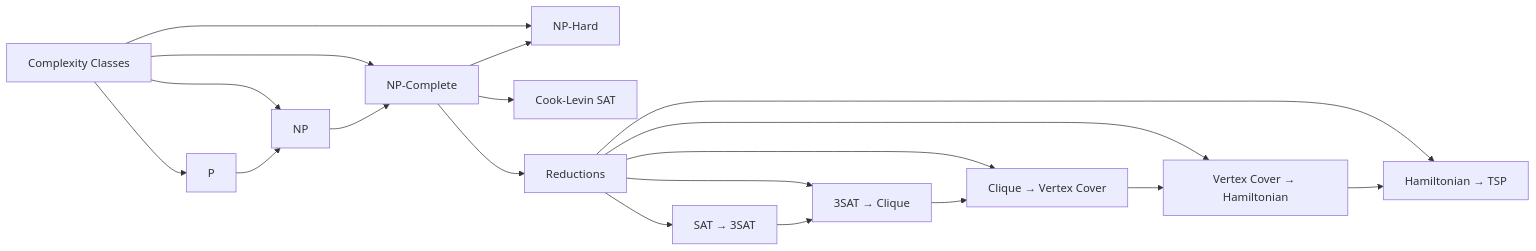
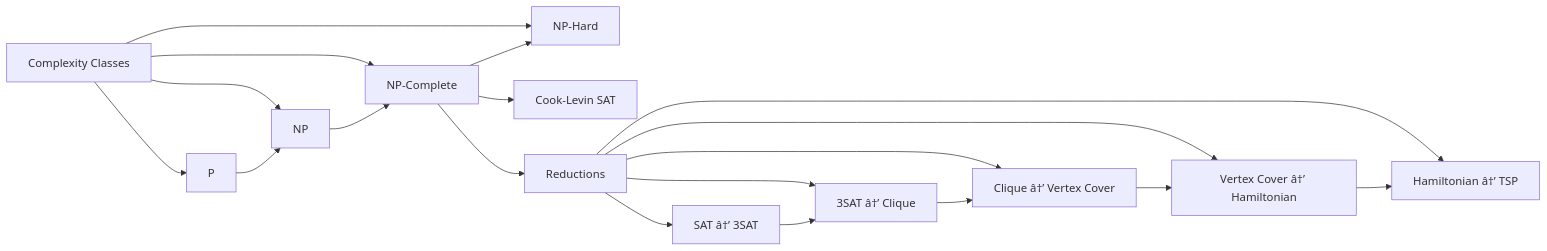
Before and after one commit to Raushan666java/ai-engineering-journey: the diagram in docs/courses/algorithms/15-np-completeness.md, drawn with Mermaid. The commit also changed other lines of this file and 735 other files, not shown here.

````diff
--- a/docs/courses/algorithms/15-np-completeness.md
+++ b/docs/courses/algorithms/15-np-completeness.md
@@ -60,21 +60,21 @@
 ```mermaid
 flowchart LR
     A[Complexity Classes] --> B[P]
     A --> C[NP]
     A --> D[NP-Complete]
     A --> E[NP-Hard]
     B --> C
     C --> D
     D --> E
     D --> F[Cook-Levin SAT]
     D --> G[Reductions]
-    G --> H[SAT → 3SAT]
-    G --> I[3SAT → Clique]
-    G --> J[Clique → Vertex Cover]
-    G --> K[Vertex Cover → Hamiltonian]
-    G --> L[Hamiltonian → TSP]
+    G --> H[SAT â†’ 3SAT]
+    G --> I[3SAT â†’ Clique]
+    G --> J[Clique â†’ Vertex Cover]
+    G --> K[Vertex Cover â†’ Hamiltonian]
+    G --> L[Hamiltonian â†’ TSP]
     H --> I
     I --> J
     J --> K
     K --> L
 ```
````
